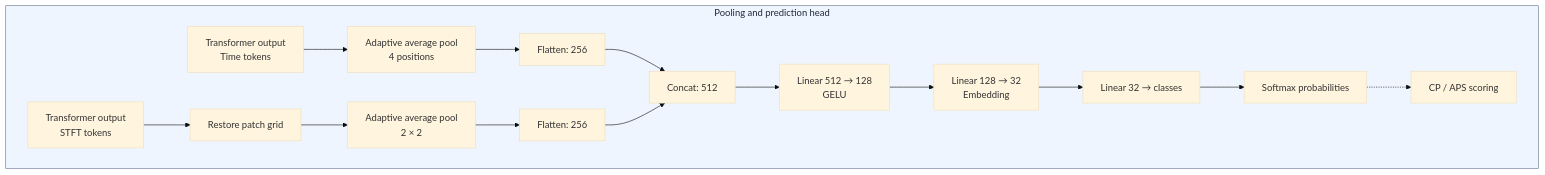
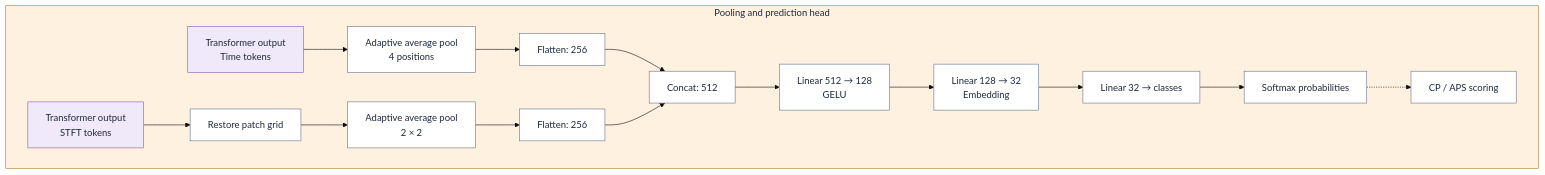
Before and after one commit to kwang0913/WiFiSensing_DomainShift: the sixth of 6 diagrams in README.md, drawn with Mermaid (base theme). The commit also changed other lines of this file, not shown here.

````diff
--- a/README.md
+++ b/README.md
@@ -113,19 +130,22 @@
 ```mermaid
 flowchart LR
     subgraph BLOCK["Pooling and prediction head"]
         direction LR
         T["Transformer output<br/>Time tokens"] --> TP["Adaptive average pool<br/>4 positions"]
         TP --> TF["Flatten: 256"]
         S["Transformer output<br/>STFT tokens"] --> R["Restore patch grid"]
         R --> SP["Adaptive average pool<br/>2 × 2"]
         SP --> SF["Flatten: 256"]
         TF --> C["Concat: 512"]
         SF --> C
         C --> F["Linear 512 → 128<br/>GELU"]
         F --> E["Linear 128 → 32<br/>Embedding"]
         E --> H["Linear 32 → classes"]
         H --> P["Softmax probabilities"]
         P -.-> SCORE["CP / APS scoring"]
     end
-    style BLOCK fill:#eef5ff,stroke:#64748b,color:#1e293b
+    style BLOCK fill:#fff1df,stroke:#b87928,color:#1e293b
+    classDef default fill:#ffffff,stroke:#64748b,color:#1e293b
+    classDef attention fill:#f0e9fa,stroke:#865bb0,color:#1e293b
+    class T,S attention
 ```
````
